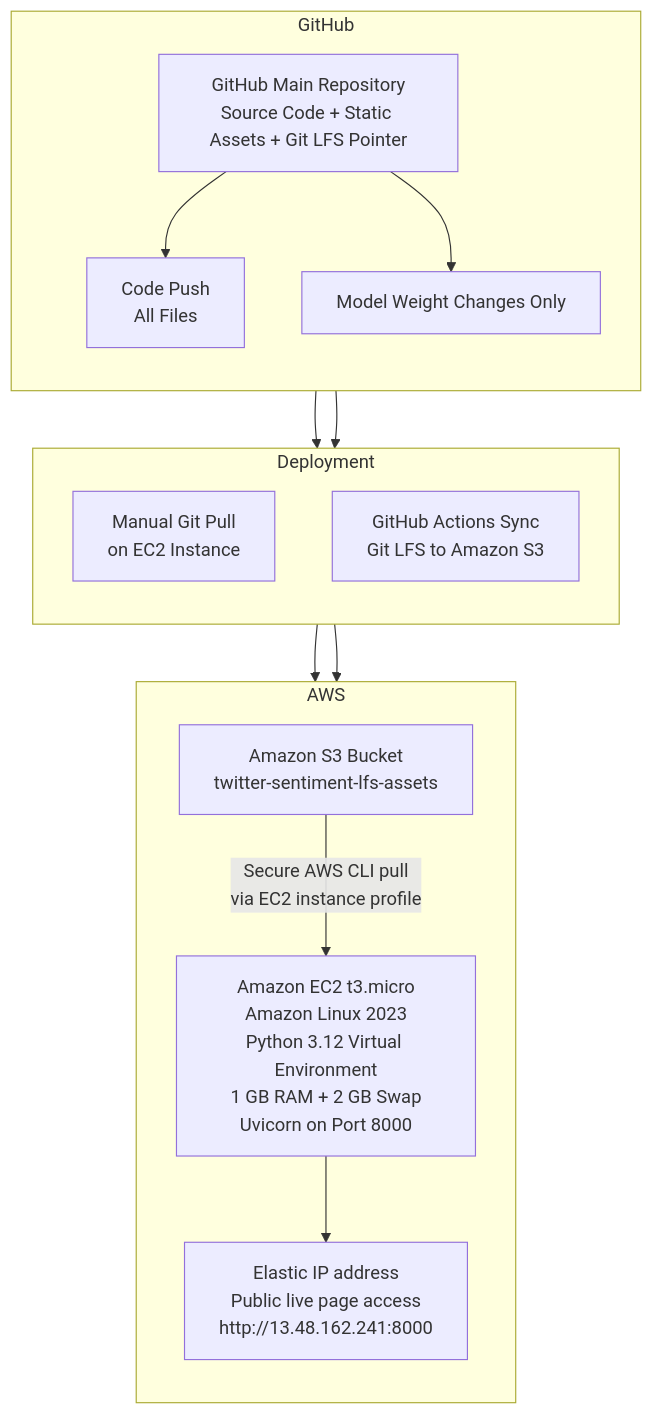
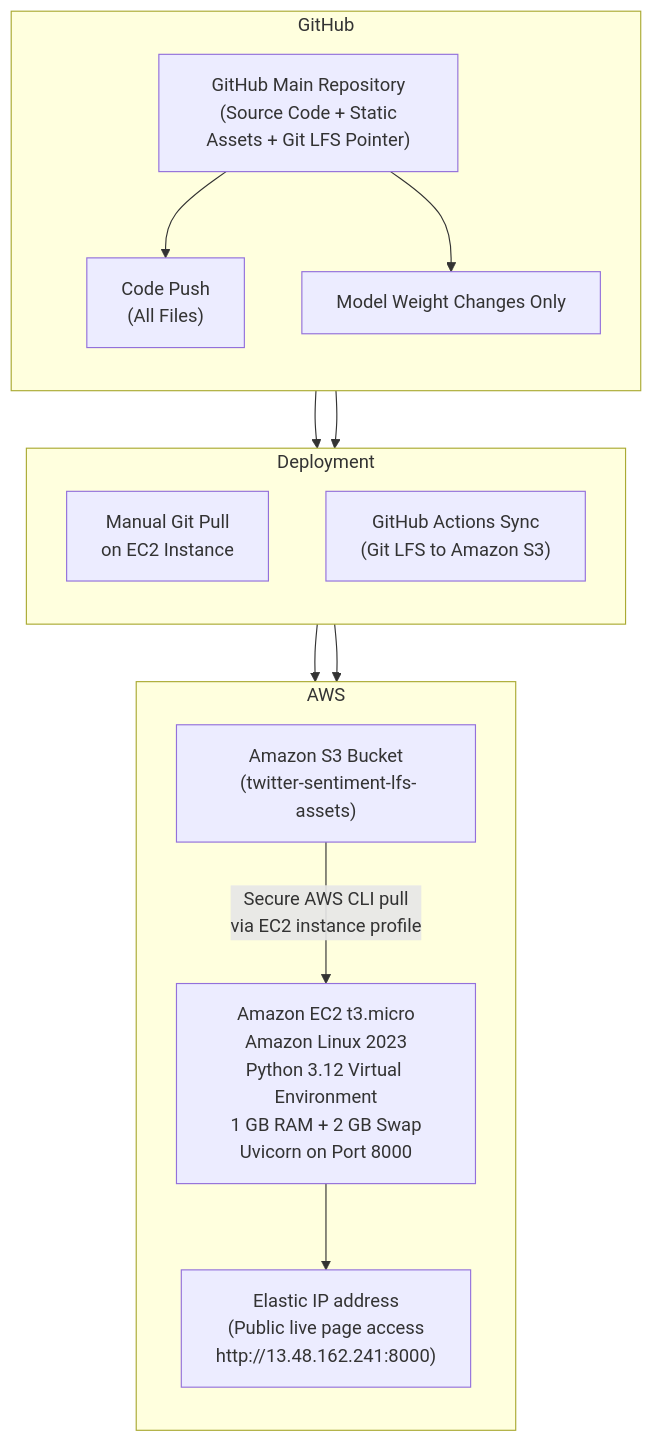
Before and after one commit to tathavms/tweet_sentiment_analysis: the diagram in README.md, drawn with Mermaid. The commit also changed other lines of this file, not shown here.

Commit message:
testing mermaid flowchart on readme file

````diff
--- a/README.md
+++ b/README.md
@@ -64,27 +68,27 @@
 ```mermaid
 flowchart TD
     subgraph G["GitHub"]
         direction TB
-        GH["GitHub Main Repository<br/>Source Code + Static Assets + Git LFS Pointer"]
-        CP["Code Push<br/>All Files"]
+        GH["GitHub Main Repository<br/> (Source Code + Static Assets + Git LFS Pointer)"]
+        CP["Code Push<br/> (All Files)"]
         MW["Model Weight Changes Only"]
     end
 
     subgraph D["Deployment"]
         direction TB
         GP["Manual Git Pull<br/>on EC2 Instance"]
-        GHA["GitHub Actions Sync<br/>Git LFS to Amazon S3"]
+        GHA["GitHub Actions Sync<br/> (Git LFS to Amazon S3)"]
     end
 
     subgraph A["AWS"]
         direction TB
-        S3["Amazon S3 Bucket<br/>twitter-sentiment-lfs-assets"]
+        S3["Amazon S3 Bucket<br/> (twitter-sentiment-lfs-assets)"]
         EC2["Amazon EC2 t3.micro<br/>Amazon Linux 2023<br/>Python 3.12 Virtual Environment<br/>1 GB RAM + 2 GB Swap<br/>Uvicorn on Port 8000"]
-        EIP["Elastic IP address<br/>Public live page access<br/>http://13.48.162.241:8000"]
+        EIP["Elastic IP address<br/> (Public live page access<br/>http://13.48.162.241:8000)"]
     end
 
     GH --> CP --> GP --> EC2
     GH --> MW --> GHA --> S3
     S3 -->|"Secure AWS CLI pull<br/>via EC2 instance profile"| EC2
     EC2 --> EIP
 ```
````
